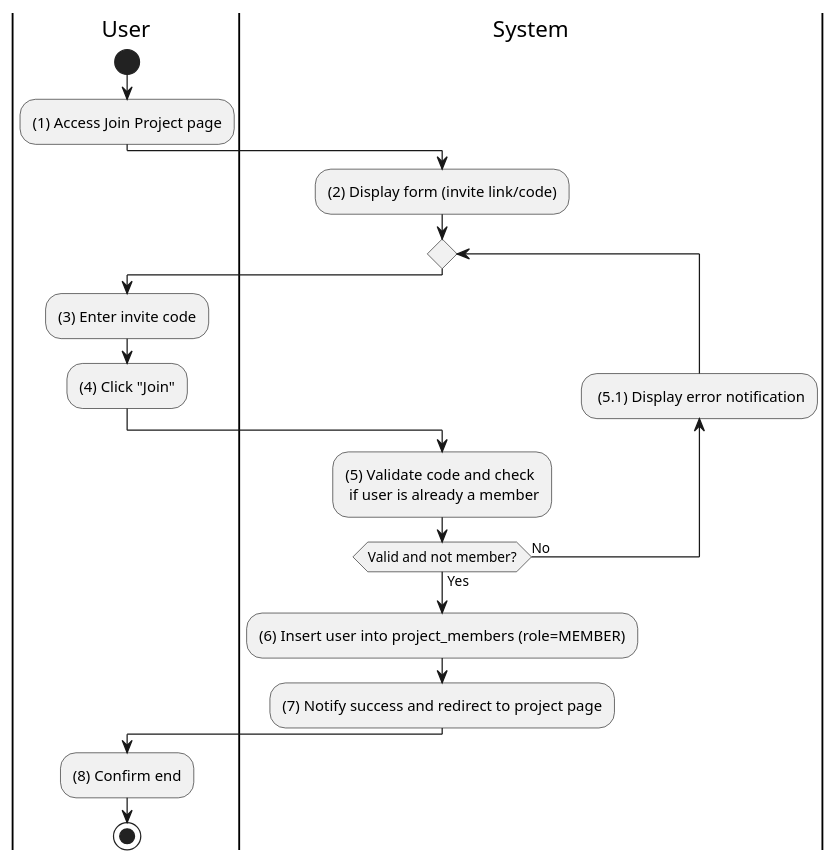
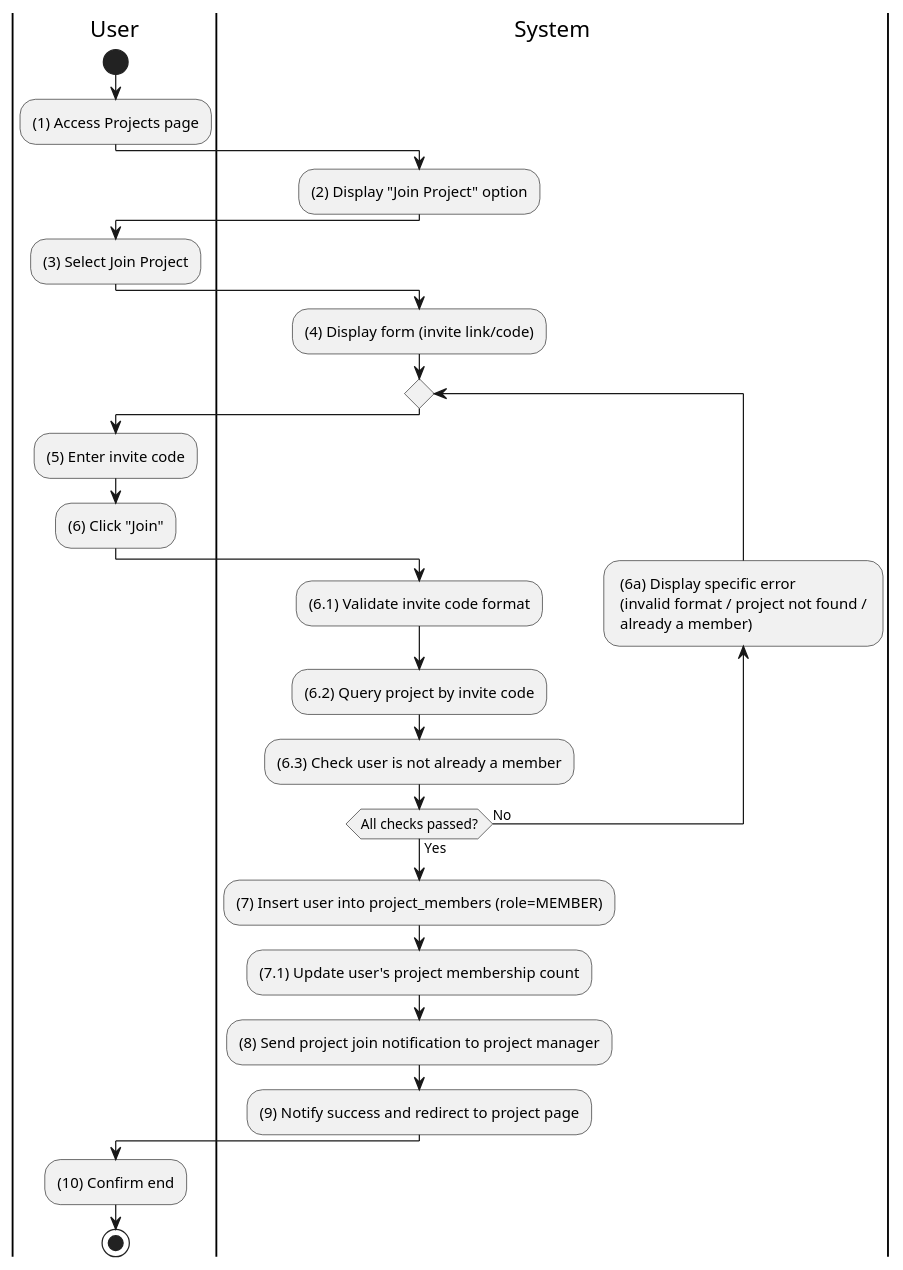
One commit to taskpilot-platform/taskpilot-platform.github.io changed the diagram in docs/docs/activity/project-management/join-project.md. Above: the diagram before and after it, drawn with PlantUML. The commit also changed 17 other files, not shown here.

````diff
--- a/docs/docs/activity/project-management/join-project.md
+++ b/docs/docs/activity/project-management/join-project.md
@@ -3,31 +3,41 @@
 ```plantuml
 @startuml
 |U|User
 |S|System
 
 |U|
 start
-:(1) Access Join Project page;
+:(1) Access Projects page;
 
 |S|
-:(2) Display form (invite link/code);
+:(2) Display "Join Project" option;
+
+|U|
+:(3) Select Join Project;
+
+|S|
+:(4) Display form (invite link/code);
 
 repeat
   |U|
-  :(3) Enter invite code;
-  :(4) Click "Join";
+  :(5) Enter invite code;
+  :(6) Click "Join";
 
   |S|
-  :(5) Validate code and check \n if user is already a member;
-  backward: (5.1) Display error notification;
-repeat while (Valid and not member?) is (No) not (Yes)
+  :(6.1) Validate invite code format;
+  :(6.2) Query project by invite code;
+  :(6.3) Check user is not already a member;
+  backward: (6a) Display specific error \n (invalid format / project not found / \n already a member);
+repeat while (All checks passed?) is (No) not (Yes)
 
-:(6) Insert user into project_members (role=MEMBER);
-:(7) Notify success and redirect to project page;
+:(7) Insert user into project_members (role=MEMBER);
+:(7.1) Update user's project membership count;
+:(8) Send project join notification to project manager;
+:(9) Notify success and redirect to project page;
 
 |U|
-:(8) Confirm end;
+:(10) Confirm end;
 
 stop
 @enduml
 ```
````
